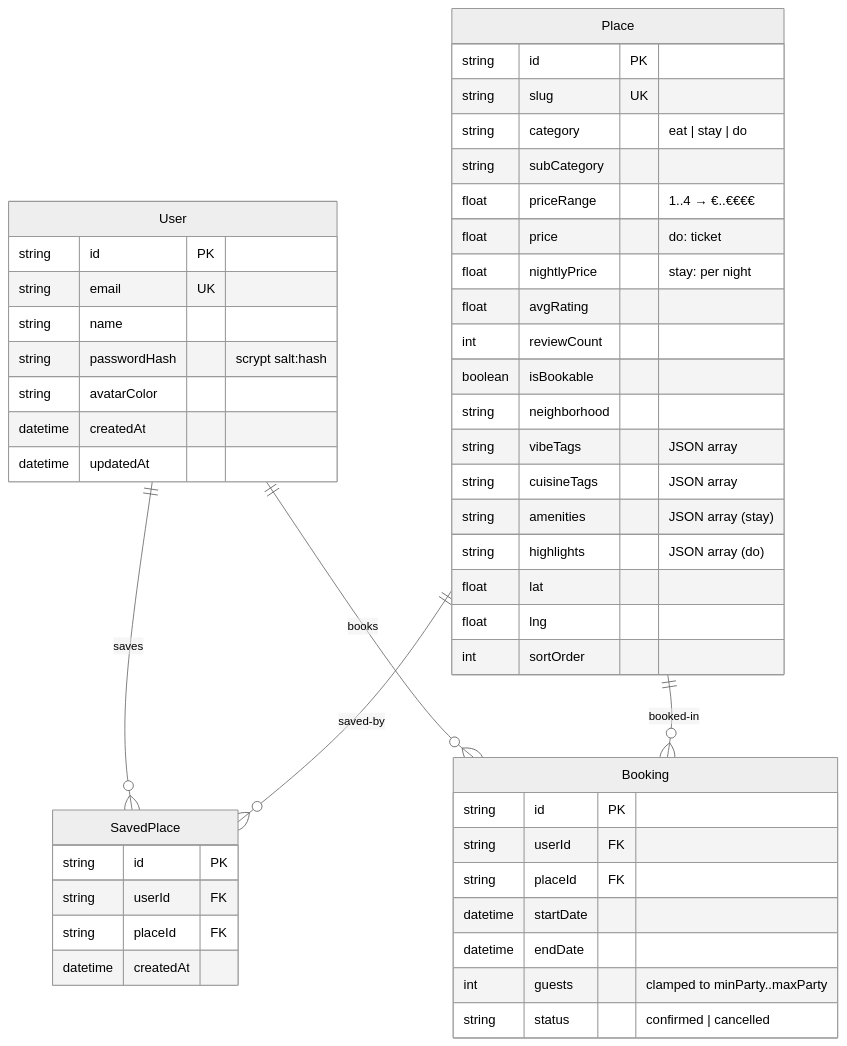
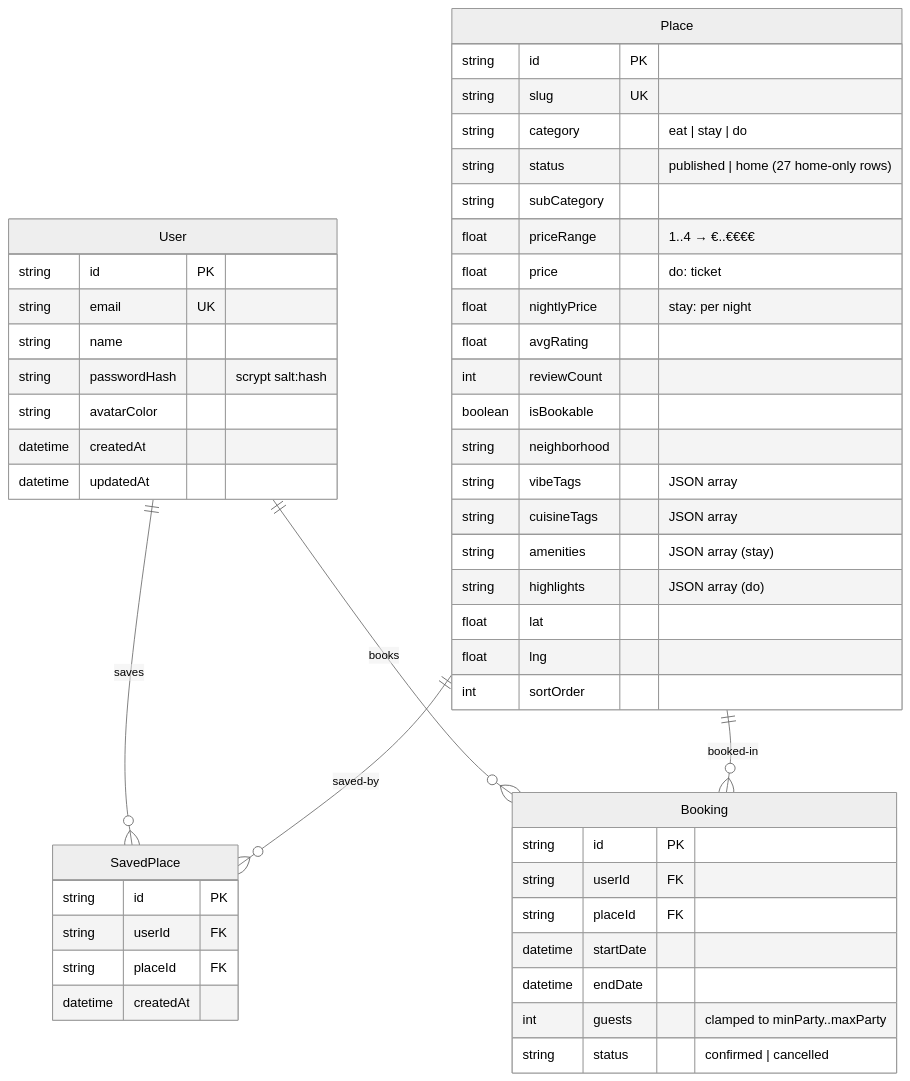
The second of 2 diagrams in Project_Architecture_Document.md (nordeim/activity-map), drawn with Mermaid (neutral theme) before and after one commit. The commit also changed other lines of this file and 41 other files, not shown here.

````diff
--- a/Project_Architecture_Document.md
+++ b/Project_Architecture_Document.md
@@ -335,51 +349,52 @@
 ```mermaid
 erDiagram
     User ||--o{ SavedPlace : saves
     User ||--o{ Booking : books
     Place ||--o{ SavedPlace : saved-by
     Place ||--o{ Booking : booked-in
     User {
         string id PK
         string email UK
         string name
         string passwordHash "scrypt salt:hash"
         string avatarColor
         datetime createdAt
         datetime updatedAt
     }
     Place {
         string id PK
         string slug UK
         string category "eat | stay | do"
+        string status "published | home (27 home-only rows)"
         string subCategory
         float priceRange "1..4 → €..€€€€"
         float price "do: ticket"
         float nightlyPrice "stay: per night"
         float avgRating
         int reviewCount
         boolean isBookable
         string neighborhood
         string vibeTags "JSON array"
         string cuisineTags "JSON array"
         string amenities "JSON array (stay)"
         string highlights "JSON array (do)"
         float lat
         float lng
         int sortOrder
     }
     SavedPlace {
         string id PK
         string userId FK
         string placeId FK
         datetime createdAt
     }
     Booking {
         string id PK
         string userId FK
         string placeId FK
         datetime startDate
         datetime endDate
         int guests "clamped to minParty..maxParty"
         string status "confirmed | cancelled"
     }
 ```
````
